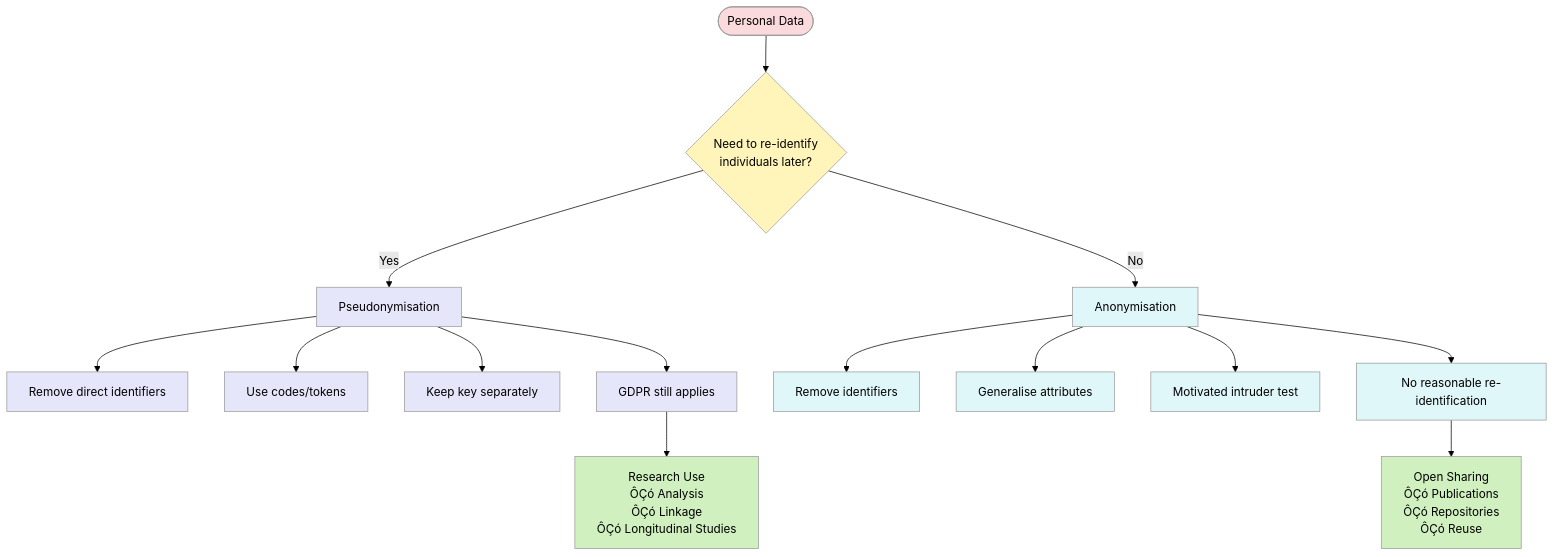
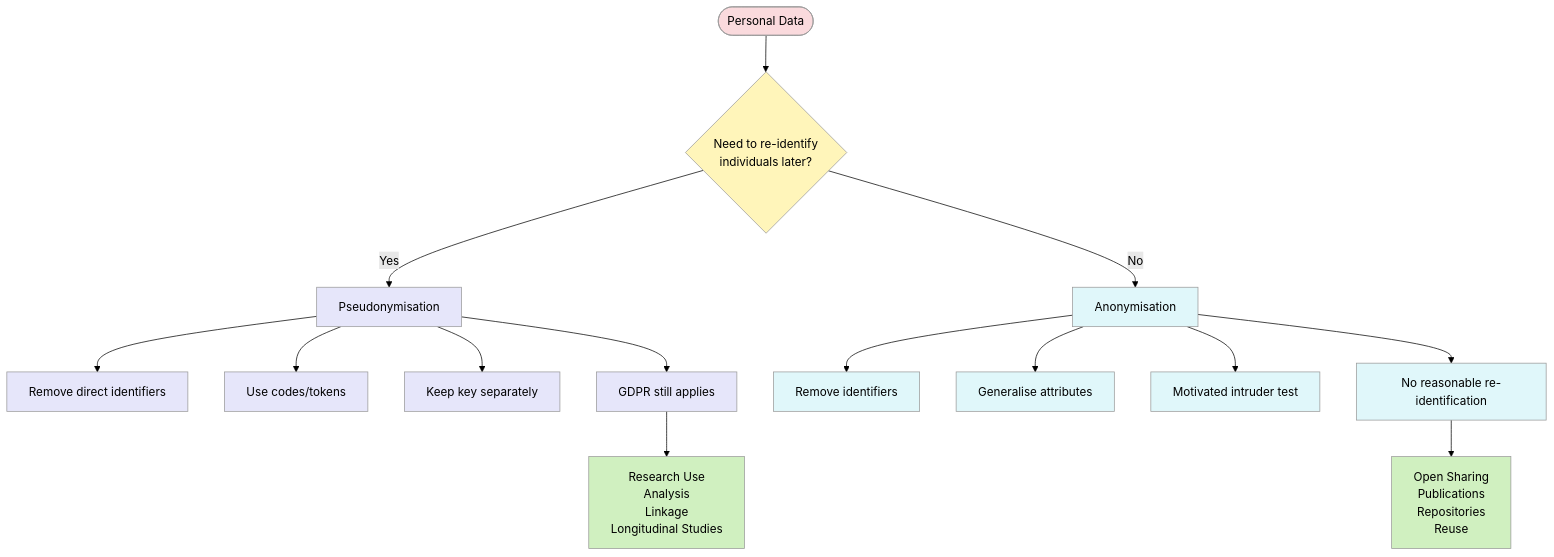
Before and after one commit to Digital-Future-Institute/CoARA: the second of 2 diagrams in 5.1-Data-Anonymisation-and-De-identification-in-Research.md, drawn with Mermaid (forest theme). The commit also changed other lines of this file, not shown here.

````diff
--- a/5.1-Data-Anonymisation-and-De-identification-in-Research.md
+++ b/5.1-Data-Anonymisation-and-De-identification-in-Research.md
@@ -209,45 +211,45 @@
 ```mermaid
 flowchart TB
 
     A([Personal Data])
 
     B{"Need to re-identify
     individuals later?"}
 
     A --> B
 
     B -->|Yes| C["Pseudonymisation"]
     B -->|No| D["Anonymisation"]
 
     C --> C1["Remove direct identifiers"]
     C --> C2["Use codes/tokens"]
     C --> C3["Keep key separately"]
     C --> C4["GDPR still applies"]
 
     D --> D1["Remove identifiers"]
     D --> D2["Generalise attributes"]
     D --> D3["Motivated intruder test"]
     D --> D4["No reasonable re-identification"]
 
     C4 --> E["Research Use
-    ÔÇó Analysis
-    ÔÇó Linkage
-    ÔÇó Longitudinal Studies"]
+     Analysis
+     Linkage
+     Longitudinal Studies"]
 
     D4 --> F["Open Sharing
-    ÔÇó Publications
-    ÔÇó Repositories
-    ÔÇó Reuse"]
+     Publications
+     Repositories
+     Reuse"]
 
     classDef pink fill:#FADADD,stroke:#999,color:#000;
     classDef yellow fill:#FFF5BA,stroke:#999,color:#000;
     classDef blue fill:#E0F7FA,stroke:#999,color:#000;
     classDef lavender fill:#E6E6FA,stroke:#999,color:#000;
     classDef green fill:#D0F0C0,stroke:#999,color:#000;
 
     class A pink
     class B yellow
     class C,C1,C2,C3,C4 lavender
     class D,D1,D2,D3,D4 blue
     class E,F green
 ```
````
